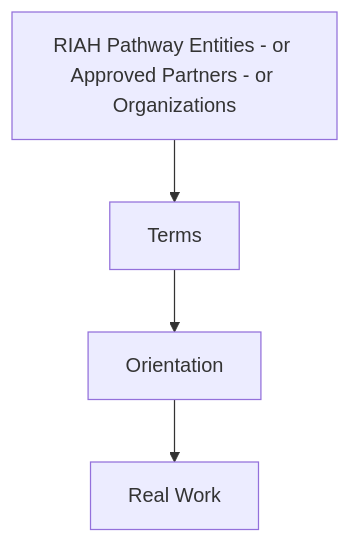
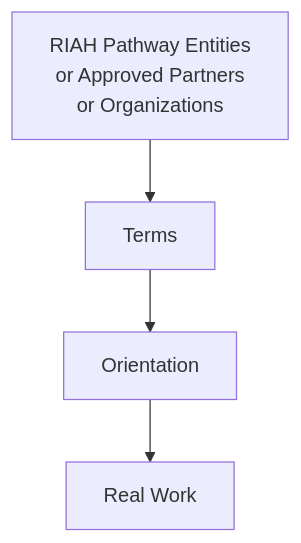
One commit to RIAHPathway/Website-Draft changed diagram 13 of 18 in RIAH-PATHWAY-EXPERIENTIAL-STRUCTURE/EXPERIENTIAL-STRUCTURE.md. Above: the diagram before and after it, drawn with Mermaid. The commit also changed other lines of this file, not shown here.

Commit message:
Fix Mermaid rendering in experiential structure

````diff
--- a/RIAH-PATHWAY-EXPERIENTIAL-STRUCTURE/EXPERIENTIAL-STRUCTURE.md
+++ b/RIAH-PATHWAY-EXPERIENTIAL-STRUCTURE/EXPERIENTIAL-STRUCTURE.md
@@ -586,6 +586,6 @@
 ```mermaid
-flowchart TD
-    A["RIAH Pathway Entities - or Approved Partners - or Organizations"] --> B["Terms"]
+graph TD
+    A["RIAH Pathway Entities<br/>or Approved Partners<br/>or Organizations"] --> B["Terms"]
     B --> C["Orientation"]
     C --> D["Real Work"]
 ```
````
